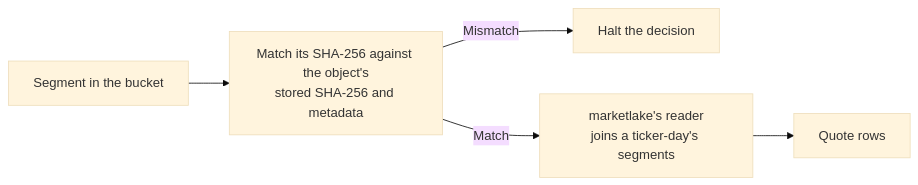
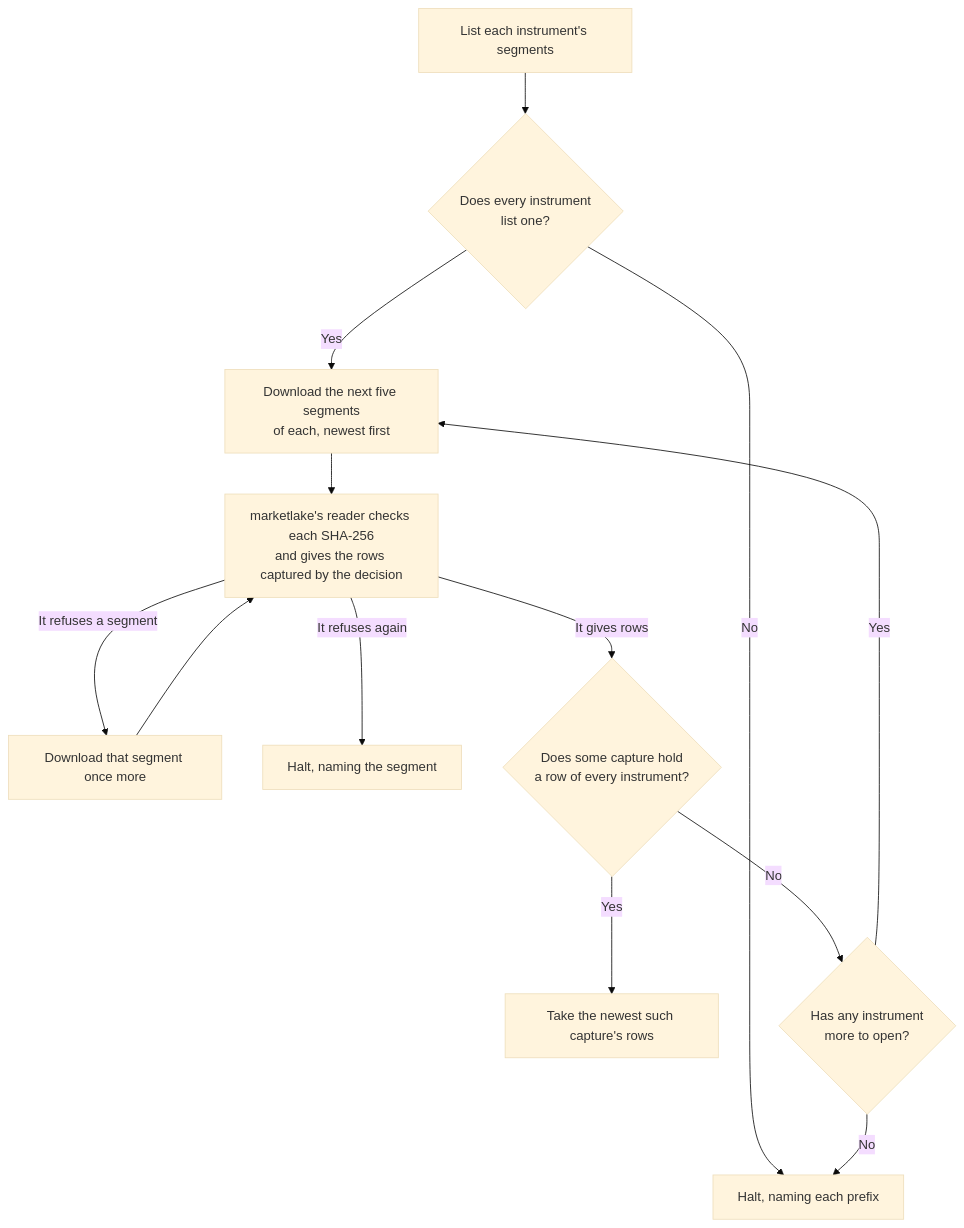
Before and after one commit to l3a0/ithildin-runtime: the fourth of 5 diagrams in docs/architecture/03-context-and-scope.md, drawn with Mermaid (base theme). The commit also changed other lines of this file and 60 other files, not shown here.

First line of the commit message:
feat(data): read the day's quotes before marketlake seals it

````diff
--- a/docs/architecture/03-context-and-scope.md
+++ b/docs/architecture/03-context-and-scope.md
@@ -203,7 +224,15 @@
 ```mermaid
-flowchart LR
-    seg["Segment in the bucket"] --> sha["Match its SHA-256 against the object's<br/>stored SHA-256 and metadata"]
-    sha -- "Mismatch" --> halt["Halt the decision"]
-    sha -- "Match" --> read["marketlake's reader<br/>joins a ticker-day's segments"]
-    read --> rows["Quote rows"]
+flowchart TD
+    list["List each instrument's segments"] --> any{"Does every instrument<br/>list one?"}
+    any -- "No" --> halt["Halt, naming each prefix"]
+    any -- "Yes" --> open["Download the next five segments<br/>of each, newest first"]
+    open --> read["marketlake's reader checks each SHA-256<br/>and gives the rows captured by the decision"]
+    read -- "It refuses a segment" --> again["Download that segment once more"]
+    again --> read
+    read -- "It refuses again" --> fault["Halt, naming the segment"]
+    read -- "It gives rows" --> same{"Does some capture hold<br/>a row of every instrument?"}
+    same -- "Yes" --> quote["Take the newest such capture's rows"]
+    same -- "No" --> more{"Has any instrument<br/>more to open?"}
+    more -- "Yes" --> open
+    more -- "No" --> halt
 ```
````
